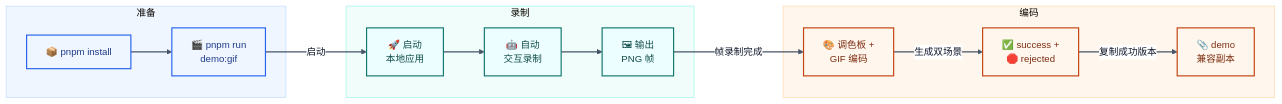
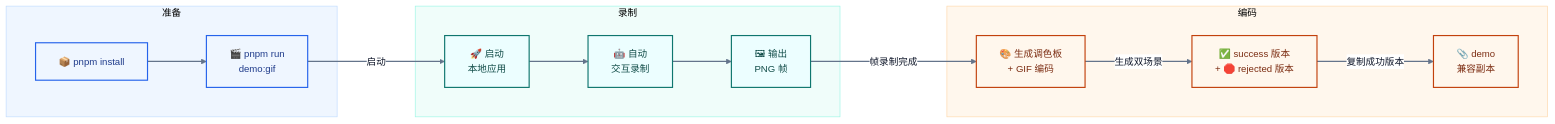
Before and after one commit to sunshineluyao/Moss-Mcp-Transaction: the sixth of 8 diagrams in README.md, drawn with Mermaid. The commit also changed other lines of this file, not shown here.

Commit message:
Polish Mermaid chart readability

````diff
--- a/README.md
+++ b/README.md
@@ -583,33 +583,33 @@
 ```mermaid
-%%{init: {'theme':'base','flowchart': {'htmlLabels': true, 'nodeSpacing': 48, 'rankSpacing': 64, 'curve': 'basis'},'themeVariables': {'fontFamily':'Inter, Segoe UI, sans-serif','fontSize':'15px','primaryTextColor':'#0f172a','lineColor':'#475569','clusterBkg':'#f8fafc','clusterBorder':'#cbd5e1','edgeLabelBackground':'#ffffff'}}}%%
+%%{init: {'theme':'base','flowchart': {'htmlLabels': true, 'nodeSpacing': 72, 'rankSpacing': 92, 'curve': 'basis', 'padding': 18},'themeVariables': {'fontFamily':'Inter, Segoe UI, sans-serif','fontSize':'15px','primaryTextColor':'#0f172a','lineColor':'#64748b','clusterBkg':'#f8fafc','clusterBorder':'#cbd5e1','edgeLabelBackground':'#ffffff','primaryBorderColor':'#2563eb','primaryColor':'#eff6ff'}}}%%
 flowchart LR
   subgraph P1[准备]
     A["📦 pnpm install"] --> B["🎬 pnpm run<br/>demo:gif"]
   end
 
   subgraph P2[录制]
     C["🚀 启动<br/>本地应用"] --> D["🤖 自动<br/>交互录制"]
     D --> E["🖼 输出<br/>PNG 帧"]
   end
 
   subgraph P3[编码]
-    F["🎨 调色板 +<br/>GIF 编码"]
-    G["✅ success +<br/>🛑 rejected"]
+    F["🎨 生成调色板<br/>+ GIF 编码"]
+    G["✅ success 版本<br/>+ 🛑 rejected 版本"]
     H["📎 demo<br/>兼容副本"]
   end
 
   B -->|启动| C
   E -->|帧录制完成| F -->|生成双场景| G -->|复制成功版本| H
 
   classDef prep fill:#eff6ff,stroke:#2563eb,stroke-width:1.8px,color:#1e3a8a;
   classDef capture fill:#ecfeff,stroke:#0f766e,stroke-width:1.8px,color:#134e4a;
   classDef encode fill:#fff7ed,stroke:#c2410c,stroke-width:1.8px,color:#7c2d12;
 
   class A,B prep;
   class C,D,E capture;
   class F,G,H encode;
   style P1 fill:#eff6ff,stroke:#bfdbfe,stroke-width:1px
   style P2 fill:#f0fdfa,stroke:#99f6e4,stroke-width:1px
   style P3 fill:#fff7ed,stroke:#fed7aa,stroke-width:1px
-  linkStyle default stroke:#475569,stroke-width:2px;
+  linkStyle default stroke:#64748b,stroke-width:2px;
 ```
````
